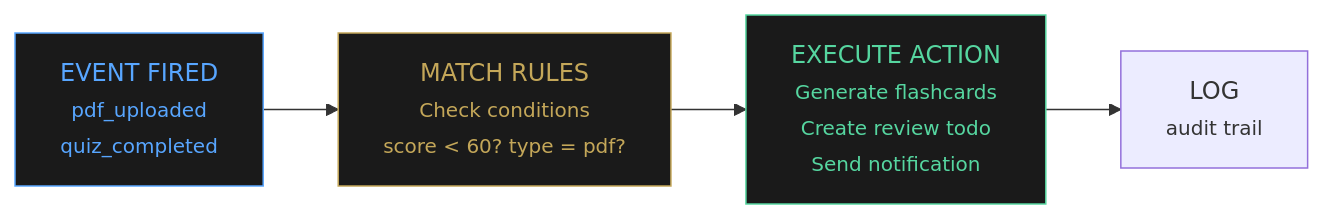
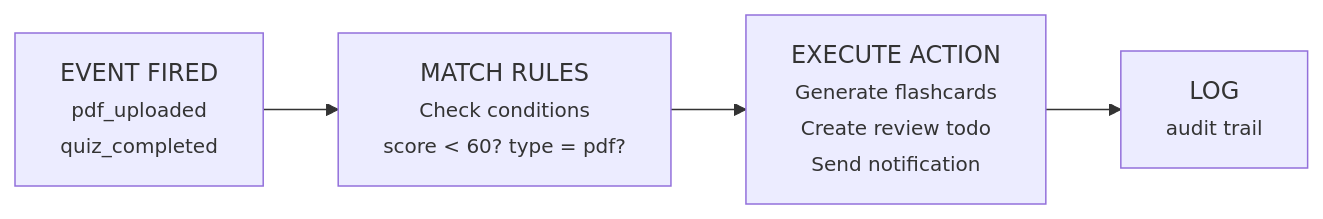
Before and after one commit to hwang2409/hwang2409.github.io: the sixth of 6 diagrams in content/blog/neuronic.md, drawn with Mermaid. The commit also changed other lines of this file and 12 other files, not shown here.

````diff
--- a/content/blog/neuronic.md
+++ b/content/blog/neuronic.md
@@ -269,12 +249,9 @@
 ```mermaid
 flowchart LR
     EV["EVENT FIRED<br/><small>pdf_uploaded<br/>quiz_completed</small>"] --> MATCH["MATCH RULES<br/><small>Check conditions<br/>score < 60? type = pdf?</small>"]
 
     MATCH --> EXEC["EXECUTE ACTION<br/><small>Generate flashcards<br/>Create review todo<br/>Send notification</small>"]
 
     EXEC --> LOG["LOG<br/><small>audit trail</small>"]
 
-    style EV fill:#1a1a1a,stroke:#58a6ff,color:#58a6ff
-    style MATCH fill:#1a1a1a,stroke:#c4a759,color:#c4a759
-    style EXEC fill:#1a1a1a,stroke:#56d6a0,color:#56d6a0
 ```
````
